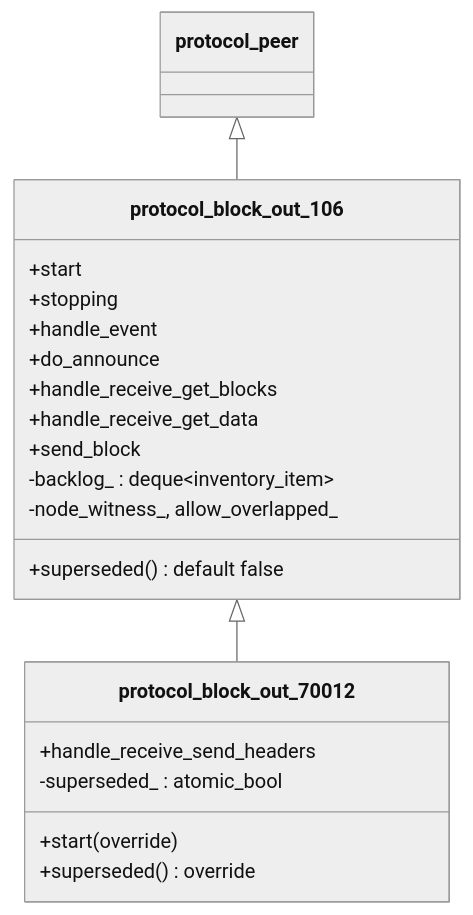
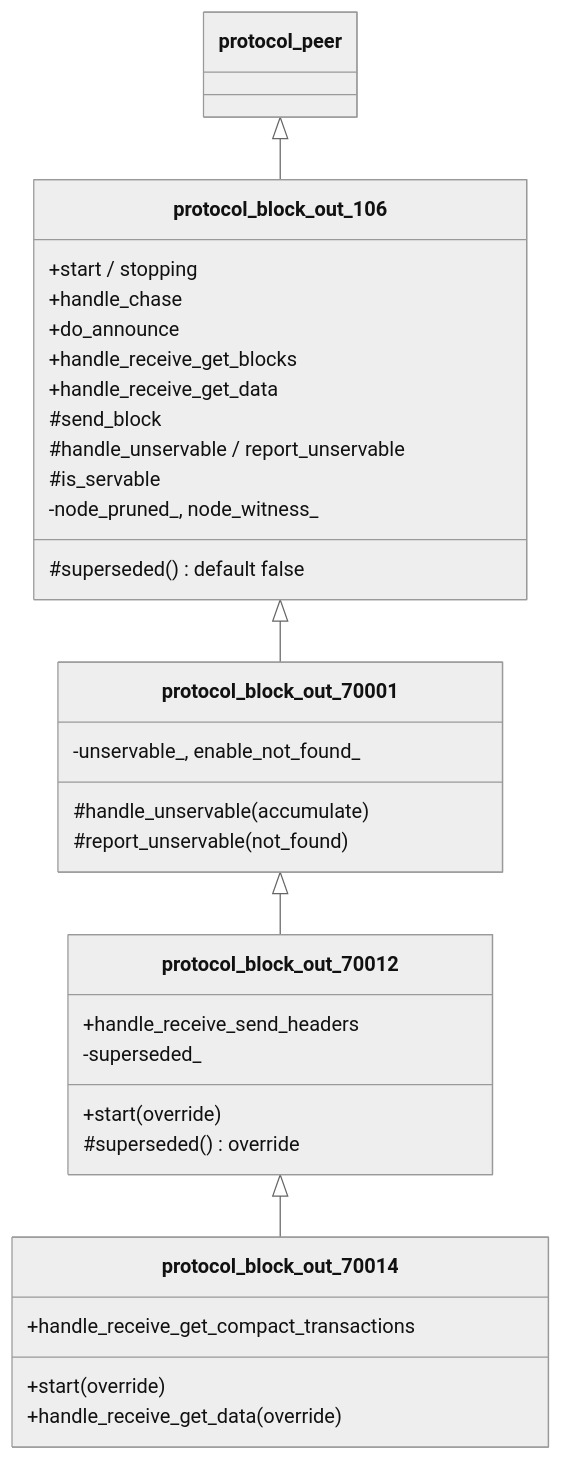
One commit to libbitcoin/libbitcoin.github.io changed the first of 4 diagrams in architecture/md/08-block-out-protocols.md. Above: the diagram before and after it, drawn with Mermaid (neutral theme). The commit also changed other lines of this file and 31 other files, not shown here.

Commit message:
Add the node architecture pages.

````diff
--- a/architecture/md/08-block-out-protocols.md
+++ b/architecture/md/08-block-out-protocols.md
@@ -32,24 +32,36 @@
 ```mermaid
 classDiagram
     class protocol_peer
     class protocol_block_out_106 {
-        +start
-        +stopping
-        +handle_event
+        +start / stopping
+        +handle_chase
         +do_announce
-        +superseded() default false
+        #superseded() default false
         +handle_receive_get_blocks
         +handle_receive_get_data
-        +send_block
-        -backlog_ : deque~inventory_item~
-        -node_witness_, allow_overlapped_
+        #send_block
+        #handle_unservable / report_unservable
+        #is_servable
+        -node_pruned_, node_witness_
+    }
+    class protocol_block_out_70001 {
+        #handle_unservable (accumulate)
+        #report_unservable (not_found)
+        -unservable_, enable_not_found_
     }
     class protocol_block_out_70012 {
         +start (override)
-        +superseded() override
+        #superseded() override
         +handle_receive_send_headers
-        -superseded_ : atomic_bool
+        -superseded_
+    }
+    class protocol_block_out_70014 {
+        +start (override)
+        +handle_receive_get_data (override)
+        +handle_receive_get_compact_transactions
     }
     protocol_peer <|-- protocol_block_out_106
-    protocol_block_out_106 <|-- protocol_block_out_70012
+    protocol_block_out_106 <|-- protocol_block_out_70001
+    protocol_block_out_70001 <|-- protocol_block_out_70012
+    protocol_block_out_70012 <|-- protocol_block_out_70014
 ```
````
